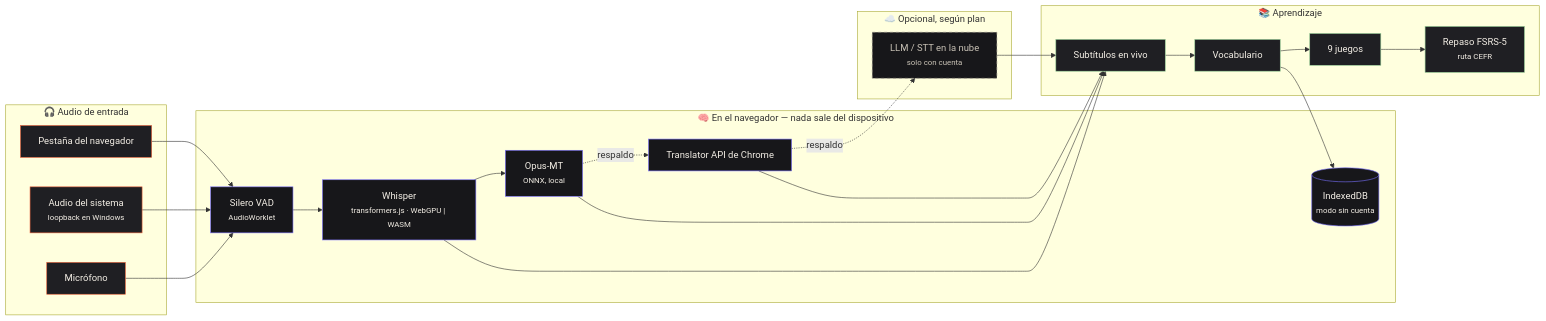
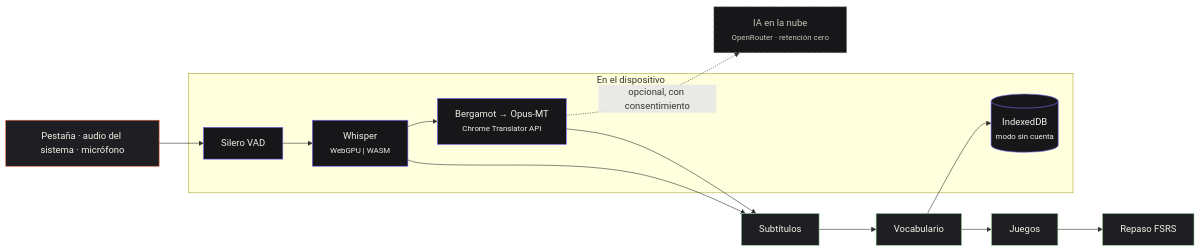
Before and after one commit to GuilhermeLVL/babel-play: the diagram in README.es.md, drawn with Mermaid. The commit also changed other lines of this file and 9 other files, not shown here.

````diff
--- a/README.es.md
+++ b/README.es.md
@@ -43,39 +60,19 @@
 ```mermaid
 flowchart LR
     classDef src fill:#1f1f23,stroke:#e85d36,color:#f4efe6
     classDef local fill:#17171a,stroke:#7a70ff,color:#f4efe6
     classDef cloud fill:#17171a,stroke:#8f887c,color:#c9c2b6,stroke-dasharray:5
     classDef out fill:#1f1f23,stroke:#9ad29a,color:#f4efe6
 
-    subgraph IN["🎧 Audio de entrada"]
-        A1[Pestaña del navegador]:::src
-        A2[Audio del sistema<br/><small>loopback en Windows</small>]:::src
-        A3[Micrófono]:::src
+    A["Pestaña · audio del sistema · micrófono"]:::src --> VAD["Silero VAD"]:::local
+    subgraph DEVICE["En el dispositivo"]
+        VAD --> STT["Whisper<br/><small>WebGPU | WASM</small>"]:::local
+        STT --> MT["Bergamot → Opus-MT<br/><small>Chrome Translator API</small>"]:::local
+        DB[("IndexedDB<br/><small>modo sin cuenta</small>")]:::local
     end
-
-    subgraph BROWSER["🧠 En el navegador — nada sale del dispositivo"]
-        VAD["Silero VAD<br/><small>AudioWorklet</small>"]:::local
-        STT["Whisper<br/><small>transformers.js · WebGPU | WASM</small>"]:::local
-        MT1["Opus-MT<br/><small>ONNX, local</small>"]:::local
-        MT2["Translator API de Chrome"]:::local
-        STORE[("IndexedDB<br/><small>modo sin cuenta</small>")]:::local
-    end
-
-    subgraph CLOUD["☁️ Opcional, según plan"]
-        MT3["LLM / STT en la nube<br/><small>solo con cuenta</small>"]:::cloud
-    end
-
-    subgraph OUT["📚 Aprendizaje"]
-        CAP[Subtítulos en vivo]:::out
-        VOC[Vocabulario]:::out
-        GAMES[9 juegos]:::out
-        SRS["Repaso FSRS-5<br/><small>ruta CEFR</small>"]:::out
-    end
-
-    A1 & A2 & A3 --> VAD --> STT
-    STT --> MT1 -. respaldo .-> MT2 -. respaldo .-> MT3
-    STT --> CAP
-    MT1 & MT2 & MT3 --> CAP
-    CAP --> VOC --> GAMES --> SRS
-    VOC --> STORE
+    MT -. "opcional, con consentimiento" .-> CLOUD["IA en la nube<br/><small>OpenRouter · retención cero</small>"]:::cloud
+    STT --> CAP["Subtítulos"]:::out
+    MT --> CAP
+    CAP --> VOC["Vocabulario"]:::out --> GAMES["Juegos"]:::out --> SRS["Repaso FSRS"]:::out
+    VOC --> DB
 ```
````
